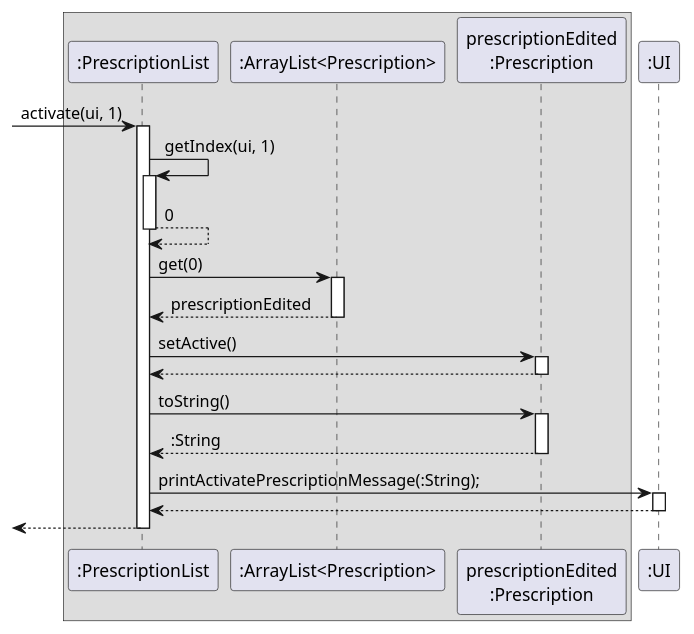
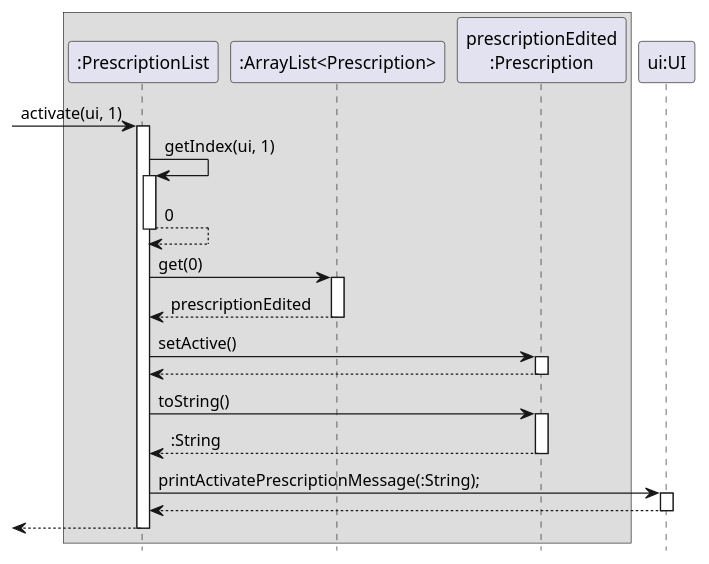
Before and after one commit to nus-cs2113-AY2223S1/tp: the diagram in docs/diagrams/PrescriptionListActivate.puml, drawn with PlantUML. The commit also changed 2 other files, not shown here.

Commit message:
Format changes to PlantUML diagram

```diff
--- a/docs/diagrams/PrescriptionListActivate.puml
+++ b/docs/diagrams/PrescriptionListActivate.puml
@@ -1,35 +1,37 @@
 @startuml
+hide footbox
+
 box
 participant ":PrescriptionList" as A
 participant ":ArrayList<Prescription>" as C
 participant "prescriptionEdited\n:Prescription" as B
 end box
 
-participant ":UI" as D
+participant "ui:UI" as D
 
 -> A : activate(ui, 1)
 activate A
 
 A -> A : getIndex(ui, 1)
 activate A
 return 0
 
 A -> C : get(0)
 activate C
 return prescriptionEdited
 
 A -> B : setActive()
 activate B
 return
 
 A -> B : toString()
 activate B
 return :String
 
 A -> D : printActivatePrescriptionMessage(:String);
 activate D
 return
 
 return
 
 @enduml
```
